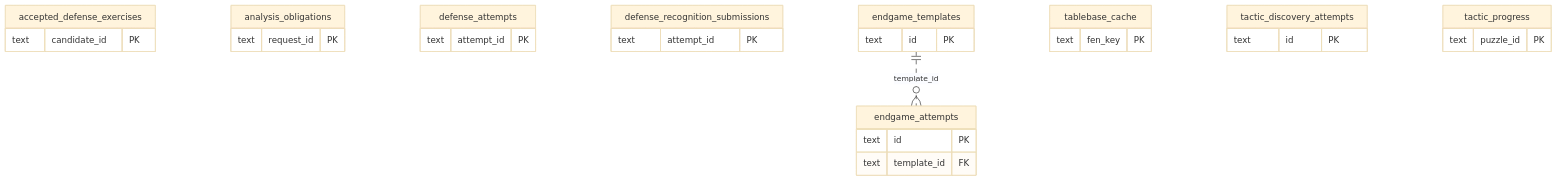
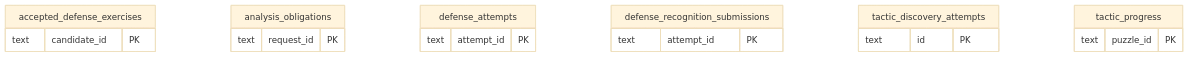
The diagram in database/tempo_learning_database/schema/practice-families/README.md (aaweaver-actuary/tempo), drawn with Mermaid (base theme) before and after one commit. The commit also changed other lines of this file and 188 other files, not shown here.

````diff
--- a/database/tempo_learning_database/schema/practice-families/README.md
+++ b/database/tempo_learning_database/schema/practice-families/README.md
@@ -9,32 +9,21 @@
 ```mermaid
 erDiagram
   accepted_defense_exercises {
     text candidate_id PK
   }
   analysis_obligations {
     text request_id PK
   }
   defense_attempts {
     text attempt_id PK
   }
   defense_recognition_submissions {
     text attempt_id PK
   }
-  endgame_attempts {
-    text id PK
-    text template_id FK
-  }
-  endgame_templates {
-    text id PK
-  }
-  tablebase_cache {
-    text fen_key PK
-  }
   tactic_discovery_attempts {
     text id PK
   }
   tactic_progress {
     text puzzle_id PK
   }
-  endgame_templates ||..o{ endgame_attempts : "template_id"
 ```
````
